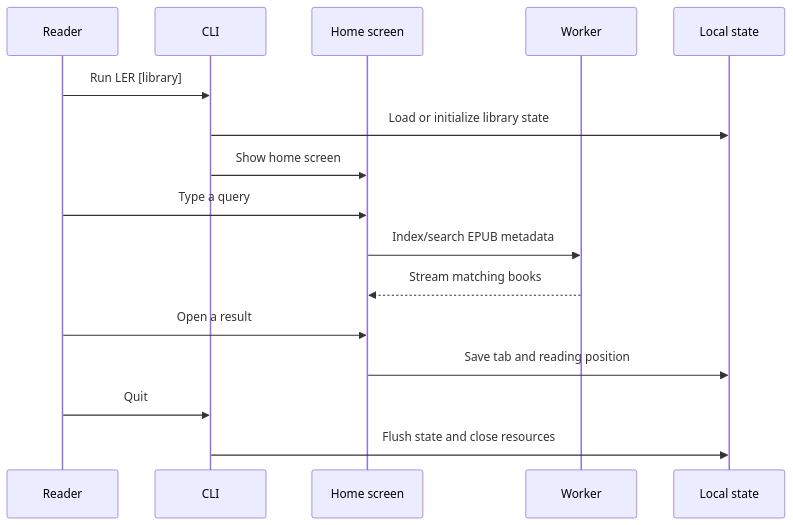
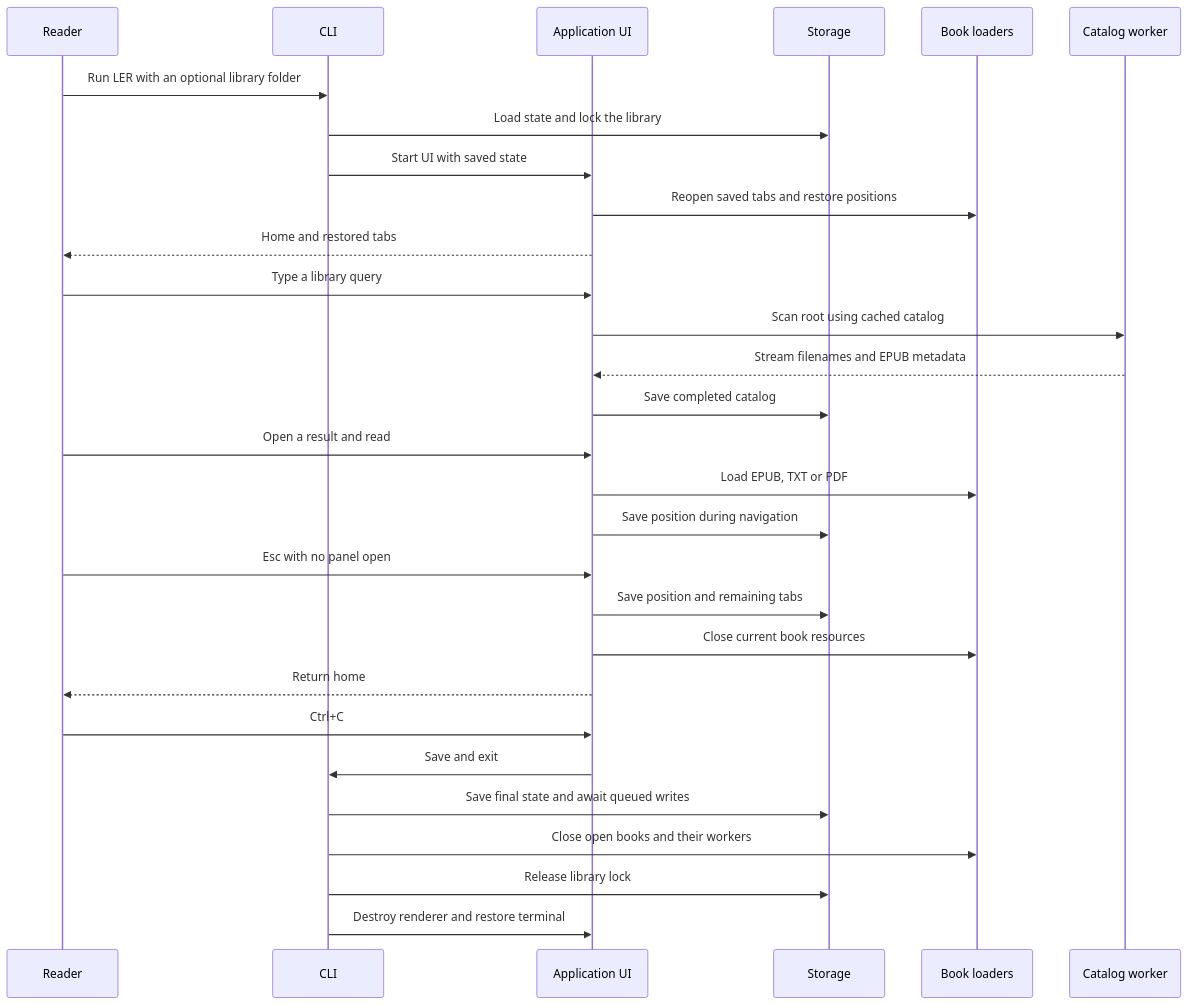
Before and after one commit to SantLuiz/ler: the second of 2 diagrams in README.md, drawn with Mermaid. The commit also changed other lines of this file and 1 other file, not shown here.

Commit message:
docs: explain library setup and correct architecture diagrams in both languages

````diff
--- a/README.md
+++ b/README.md
@@ -59,19 +309,31 @@
 ```mermaid
 sequenceDiagram
     participant U as Reader
     participant C as CLI
-    participant H as Home screen
-    participant W as Worker
-    participant S as Local state
-
-    U->>C: Run LER [library]
-    C->>S: Load or initialize library state
-    C->>H: Show home screen
-    U->>H: Type a query
-    H->>W: Index/search EPUB metadata
-    W-->>H: Stream matching books
-    U->>H: Open a result
-    H->>S: Save tab and reading position
-    U->>C: Quit
-    C->>S: Flush state and close resources
+    participant A as Application UI
+    participant S as Storage
+    participant B as Book loaders
+    participant W as Catalog worker
+    U->>C: Run LER with an optional library folder
+    C->>S: Load state and lock the library
+    C->>A: Start UI with saved state
+    A->>B: Reopen saved tabs and restore positions
+    A-->>U: Home and restored tabs
+    U->>A: Type a library query
+    A->>W: Scan root using cached catalog
+    W-->>A: Stream filenames and EPUB metadata
+    A->>S: Save completed catalog
+    U->>A: Open a result and read
+    A->>B: Load EPUB, TXT or PDF
+    A->>S: Save position during navigation
+    U->>A: Esc with no panel open
+    A->>S: Save position and remaining tabs
+    A->>B: Close current book resources
+    A-->>U: Return home
+    U->>A: Ctrl+C
+    A->>C: Save and exit
+    C->>S: Save final state and await queued writes
+    C->>B: Close open books and their workers
+    C->>S: Release library lock
+    C->>A: Destroy renderer and restore terminal
 ```
````
